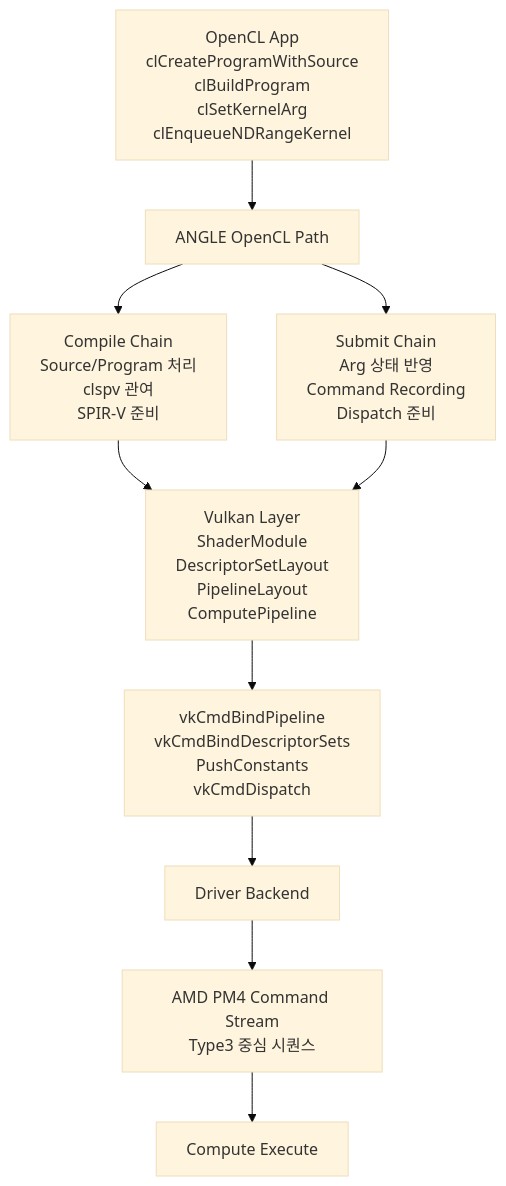
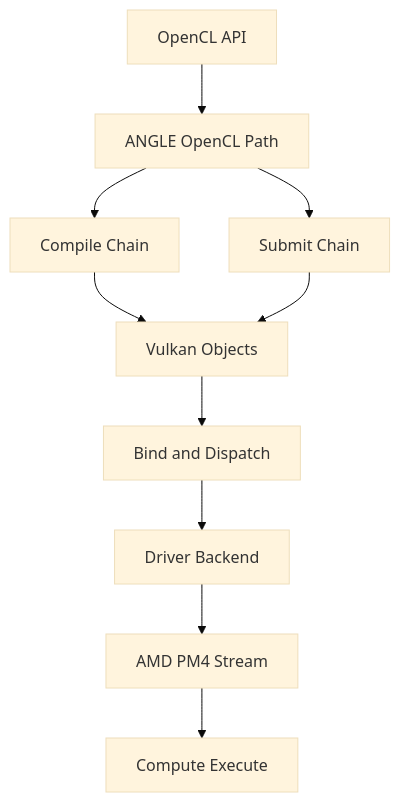
The diagram in content/posts/2026-03-30-opencl-deep-dive-roadmap.md (jayinlab/jayinlab.github.io), drawn with Mermaid (base theme) before and after one commit.

Commit message:
fix: simplify roadmap Mermaid graph for renderer compatibility

```diff
--- a/content/posts/2026-03-30-opencl-deep-dive-roadmap.md
+++ b/content/posts/2026-03-30-opencl-deep-dive-roadmap.md
@@ -30,15 +30,12 @@
 <div class="mermaid">
 flowchart TD
-    A["OpenCL App<br/>clCreateProgramWithSource<br/>clBuildProgram<br/>clSetKernelArg<br/>clEnqueueNDRangeKernel"] --> B["ANGLE OpenCL Path"]
-
-    B --> C1["Compile Chain<br/>Source/Program 처리<br/>clspv 관여<br/>SPIR-V 준비"]
-    B --> C2["Submit Chain<br/>Arg 상태 반영<br/>Command Recording<br/>Dispatch 준비"]
-
-    C1 --> D["Vulkan Layer<br/>ShaderModule<br/>DescriptorSetLayout<br/>PipelineLayout<br/>ComputePipeline"]
+    A[OpenCL API] --> B[ANGLE OpenCL Path]
+    B --> C1[Compile Chain]
+    B --> C2[Submit Chain]
+    C1 --> D[Vulkan Objects]
     C2 --> D
-
-    D --> E["vkCmdBindPipeline<br/>vkCmdBindDescriptorSets<br/>PushConstants<br/>vkCmdDispatch"]
-    E --> F["Driver Backend"]
-    F --> G["AMD PM4 Command Stream<br/>Type3 중심 시퀀스"]
-    G --> H["Compute Execute"]
+    D --> E[Bind and Dispatch]
+    E --> F[Driver Backend]
+    F --> G[AMD PM4 Stream]
+    G --> H[Compute Execute]
 </div>
```
